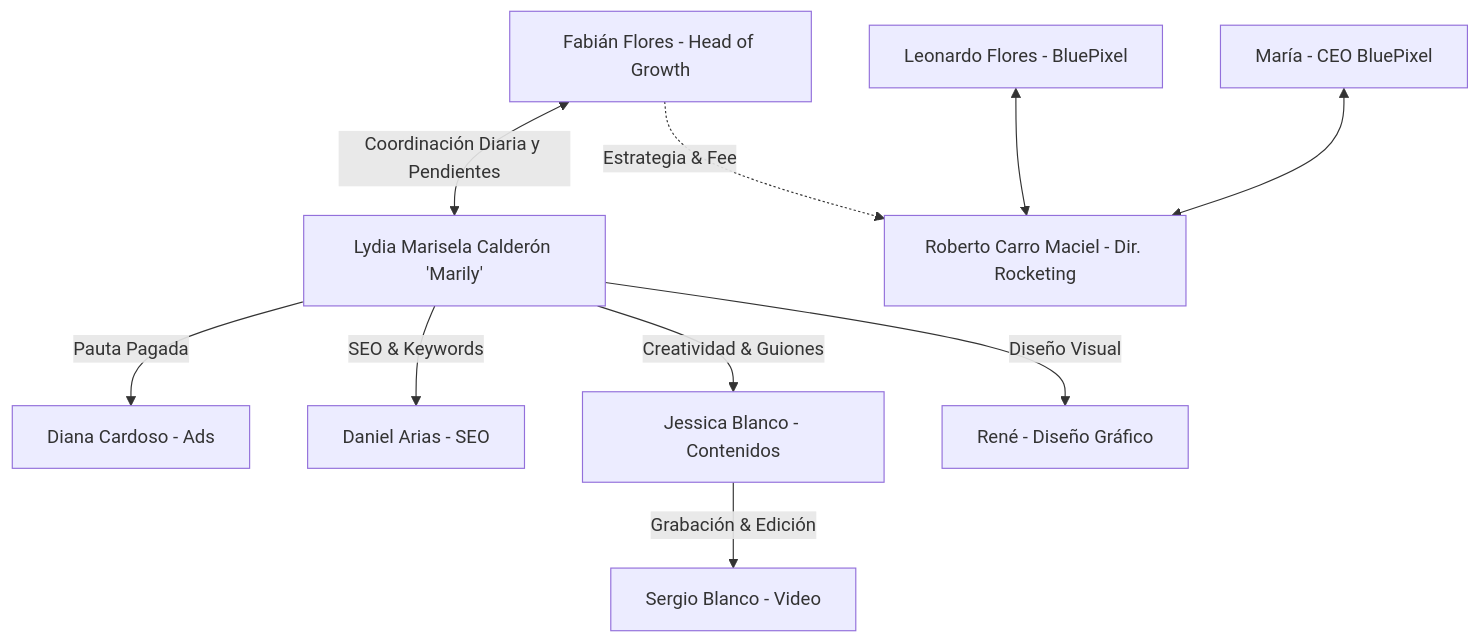
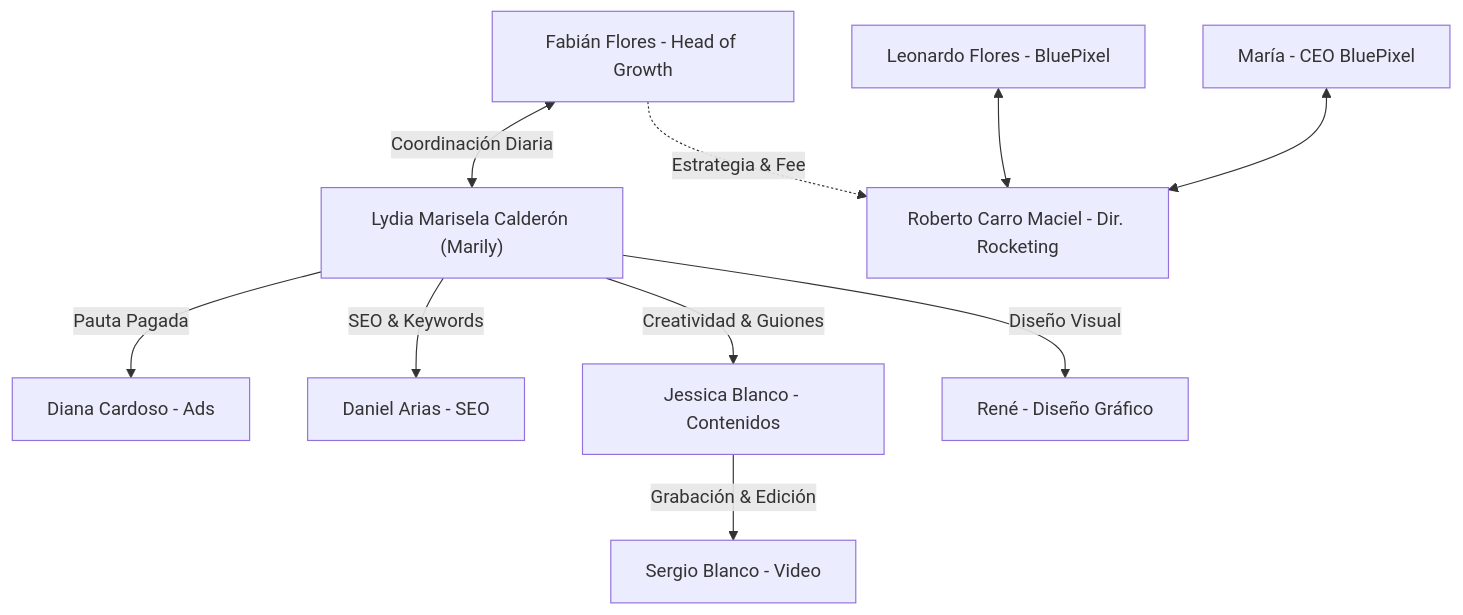
The first of 3 diagrams in 02_Estrategia_B2B/ESTRATEGIA_MAESTRA_BLUEPIXEL_2026.md (jahflavio/bluepixel), drawn with Mermaid before and after one commit. The commit also changed other lines of this file and 2 other files, not shown here.

Commit message:
fix(docs): fix mermaid syntax across strategy markdown and add VISOR_GRAFICO_ESTRATEGIA_2026.html

````diff
--- a/02_Estrategia_B2B/ESTRATEGIA_MAESTRA_BLUEPIXEL_2026.md
+++ b/02_Estrategia_B2B/ESTRATEGIA_MAESTRA_BLUEPIXEL_2026.md
@@ -46,15 +46,15 @@
 ```mermaid
 graph TD
-    Fabian[Fabián Flores - Head of Growth] <-->|Coordinación Diaria y Pendientes| Marily[Lydia Marisela Calderón 'Marily']
+    Fabian["Fabián Flores - Head of Growth"] <-->|"Coordinación Diaria"| Marily["Lydia Marisela Calderón (Marily)"]
     
-    Marily -->|Pauta Pagada| Diana[Diana Cardoso - Ads]
-    Marily -->|SEO & Keywords| Daniel[Daniel Arias - SEO]
-    Marily -->|Creatividad & Guiones| Jessica[Jessica Blanco - Contenidos]
-    Marily -->|Diseño Visual| Rene[René - Diseño Gráfico]
+    Marily -->|"Pauta Pagada"| Diana["Diana Cardoso - Ads"]
+    Marily -->|"SEO & Keywords"| Daniel["Daniel Arias - SEO"]
+    Marily -->|"Creatividad & Guiones"| Jessica["Jessica Blanco - Contenidos"]
+    Marily -->|"Diseño Visual"| Rene["René - Diseño Gráfico"]
     
-    Jessica -->|Grabación & Edición| Sergio[Sergio Blanco - Video]
+    Jessica -->|"Grabación & Edición"| Sergio["Sergio Blanco - Video"]
     
-    Fabian -.->|Estrategia & Fee| Roberto[Roberto Carro Maciel - Dir. Rocketing]
-    Leo[Leonardo Flores - BluePixel] <--> Roberto
-    Maria[María - CEO BluePixel] <--> Roberto
+    Fabian -.->|"Estrategia & Fee"| Roberto["Roberto Carro Maciel - Dir. Rocketing"]
+    Leo["Leonardo Flores - BluePixel"] <--> Roberto
+    Maria["María - CEO BluePixel"] <--> Roberto
 ```
````
